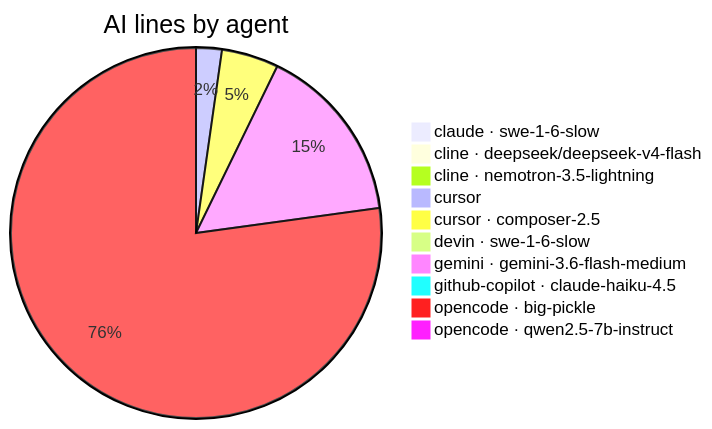
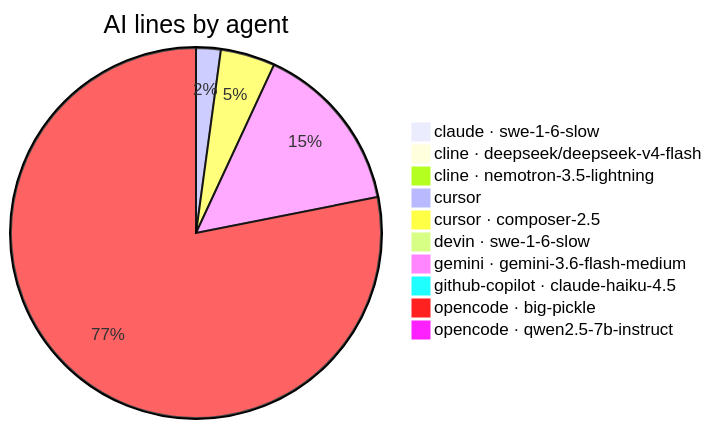
The second of 2 diagrams in AI-AUTHORSHIP.md (CaliMark/game-of-life), drawn with Mermaid before and after one commit. The commit also changed other lines of this file and 1 other file, not shown here.

````diff
--- a/AI-AUTHORSHIP.md
+++ b/AI-AUTHORSHIP.md
@@ -26,13 +28,13 @@
 ```mermaid
 pie title AI lines by agent
     "claude · swe-1-6-slow" : 1
     "cline · deepseek/deepseek-v4-flash" : 1
     "cline · nemotron-3.5-lightning" : 1
     "cursor" : 19
     "cursor · composer-2.5" : 42
     "devin · swe-1-6-slow" : 1
     "gemini · gemini-3.6-flash-medium" : 132
     "github-copilot · claude-haiku-4.5" : 7
-    "opencode · big-pickle" : 652
+    "opencode · big-pickle" : 689
     "opencode · qwen2.5-7b-instruct" : 3
 ```
````
